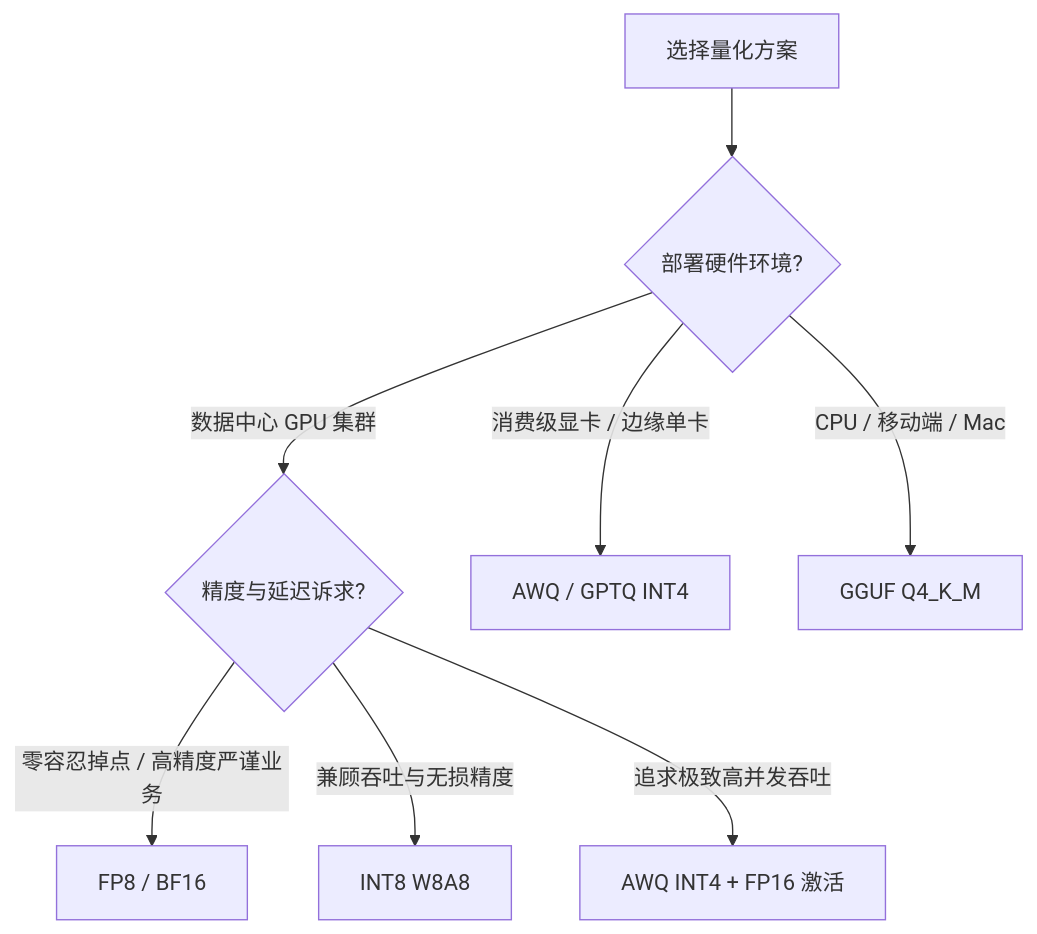
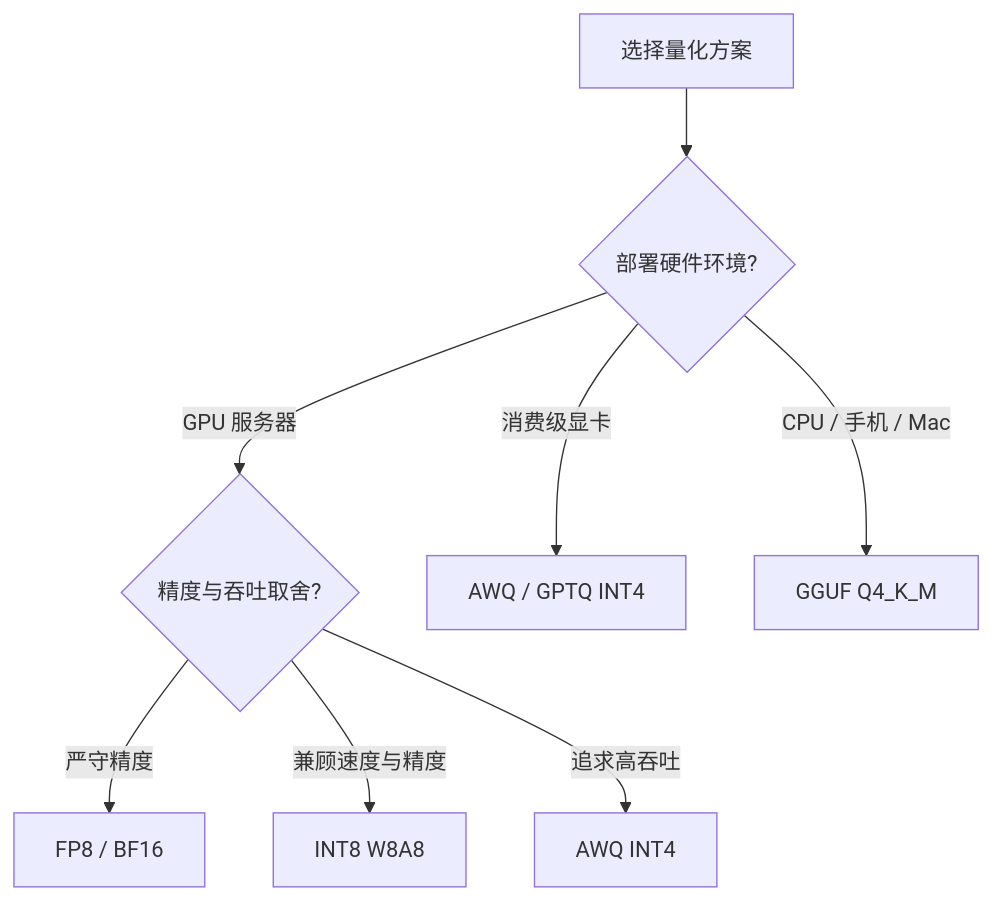
The diagram in chapters/07-inference.md (yingwang/llm-tutorial), drawn with Mermaid before and after one commit. The commit also changed other lines of this file and 14 other files, not shown here.

````diff
--- a/chapters/07-inference.md
+++ b/chapters/07-inference.md
@@ -51,10 +51,10 @@
 ```mermaid
 graph TD
     A[选择量化方案] --> B{部署硬件环境?}
-    B -->|数据中心 GPU 集群| C{精度与延迟诉求?}
-    B -->|消费级显卡 / 边缘单卡| D[AWQ / GPTQ INT4]
-    B -->|CPU / 移动端 / Mac| E[GGUF Q4_K_M]
-    C -->|零容忍掉点 / 高精度严谨业务| F[FP8 / BF16]
-    C -->|兼顾吞吐与无损精度| G[INT8 W8A8]
-    C -->|追求极致高并发吞吐| H[AWQ INT4 + FP16 激活]
+    B -->|GPU 服务器| C{精度与吞吐取舍?}
+    B -->|消费级显卡| D[AWQ / GPTQ INT4]
+    B -->|CPU / 手机 / Mac| E[GGUF Q4_K_M]
+    C -->|严守精度| F[FP8 / BF16]
+    C -->|兼顾速度与精度| G[INT8 W8A8]
+    C -->|追求高吞吐| H[AWQ INT4]
 ```
````
